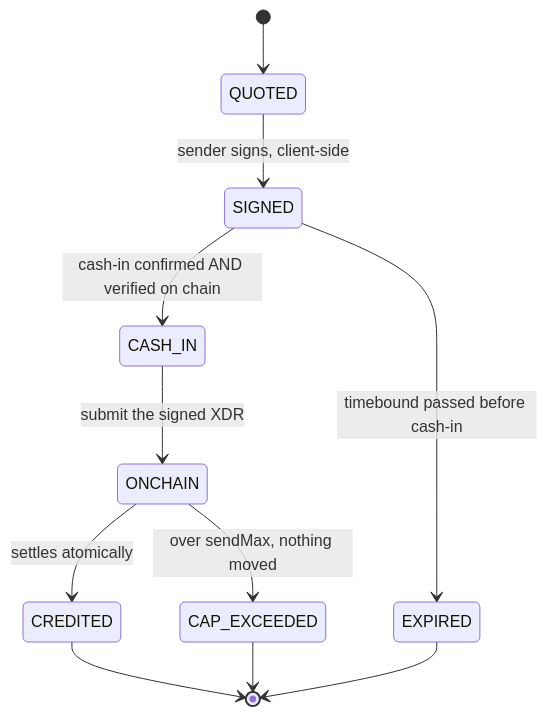
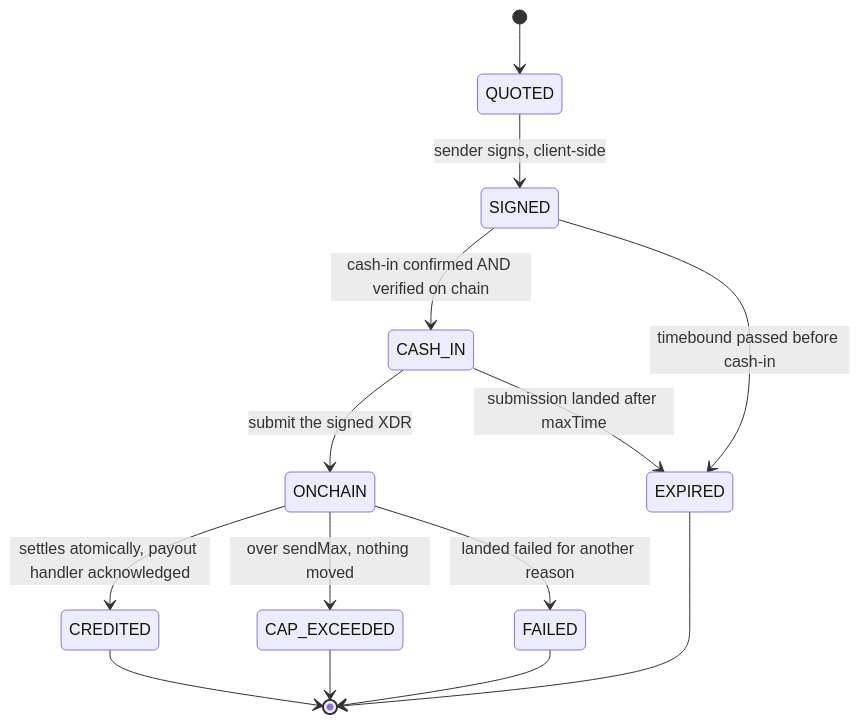
The second of 2 diagrams in README.md (yigitcangokmen/corramoney), drawn with Mermaid before and after one commit. The commit also changed other lines of this file and 9 other files, not shown here.

````diff
--- a/README.md
+++ b/README.md
@@ -112,13 +147,16 @@
 ```mermaid
 stateDiagram-v2
     [*] --> QUOTED
     QUOTED --> SIGNED: sender signs, client-side
     SIGNED --> CASH_IN: cash-in confirmed AND verified on chain
     SIGNED --> EXPIRED: timebound passed before cash-in
     CASH_IN --> ONCHAIN: submit the signed XDR
-    ONCHAIN --> CREDITED: settles atomically
+    CASH_IN --> EXPIRED: submission landed after maxTime
+    ONCHAIN --> CREDITED: settles atomically, payout handler acknowledged
     ONCHAIN --> CAP_EXCEEDED: over sendMax, nothing moved
+    ONCHAIN --> FAILED: landed failed for another reason
     CREDITED --> [*]
     EXPIRED --> [*]
     CAP_EXCEEDED --> [*]
+    FAILED --> [*]
 ```
````
